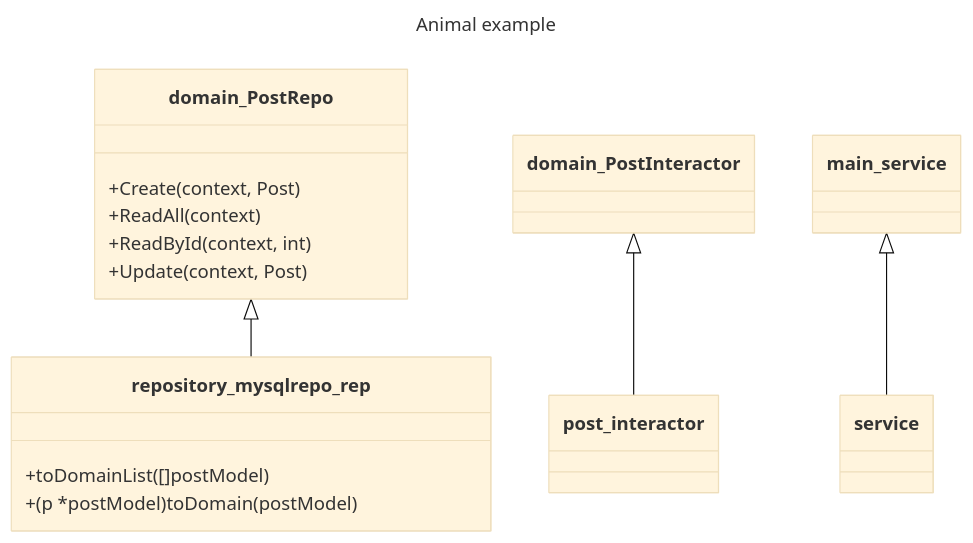
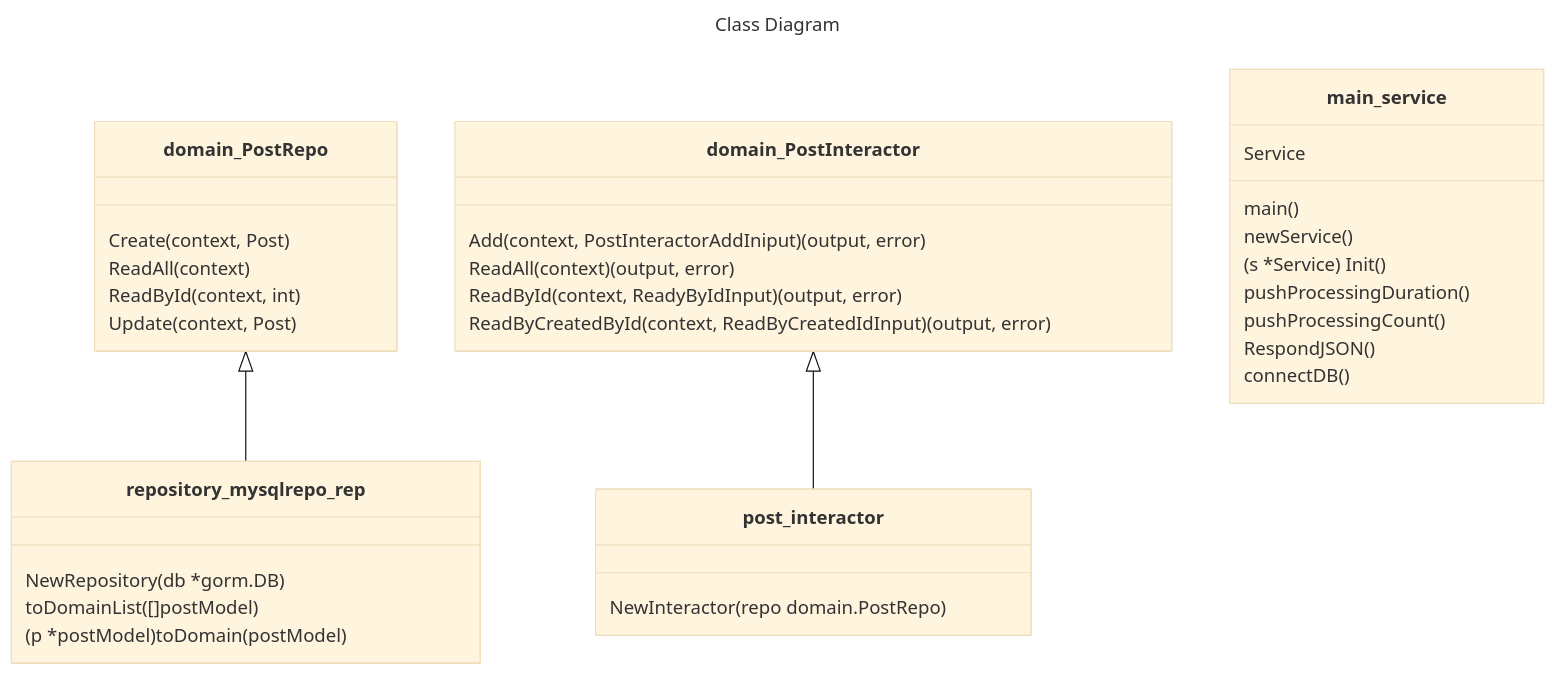
The third of 3 diagrams in Readme.md (obriena/dockerDevTemplate), drawn with Mermaid (base theme) before and after one commit. The commit also changed 1 other file, not shown here.

Commit message:
documentation update and clean up

````diff
--- a/Readme.md
+++ b/Readme.md
@@ -108,16 +108,32 @@
 ```mermaid
 ---
-title: Animal example
+title: Class Diagram
 ---
 classDiagram
     domain_PostRepo <|-- repository_mysqlrepo_rep
     domain_PostInteractor <|-- post_interactor
-    main_service <|-- service
-    domain_PostRepo: +Create(context, Post)
-    domain_PostRepo: +ReadAll(context)
-    domain_PostRepo: +ReadById(context, int)
-    domain_PostRepo: +Update(context, Post)
+    main_service 
+    domain_PostRepo: Create(context, Post)
+    domain_PostRepo: ReadAll(context)
+    domain_PostRepo: ReadById(context, int)
+    domain_PostRepo: Update(context, Post)
 
-    repository_mysqlrepo_rep: +toDomainList([]postModel)
-    repository_mysqlrepo_rep: +(p *postModel)toDomain(postModel)
+    domain_PostInteractor: Add(context, PostInteractorAddIniput) (output, error)
+    domain_PostInteractor: ReadAll(context) (output, error)
+    domain_PostInteractor: ReadById(context, ReadyByIdInput) (output, error)
+    domain_PostInteractor: ReadByCreatedById(context, ReadByCreatedIdInput) (output, error)
+    
+    main_service : Service
+    main_service: main()
+    main_service: newService()
+    main_service: (s *Service) Init() 
+    main_service: pushProcessingDuration()
+    main_service: pushProcessingCount()
+    main_service: RespondJSON()
+    main_service: connectDB()
+
+    repository_mysqlrepo_rep: NewRepository(db *gorm.DB) 
+    repository_mysqlrepo_rep: toDomainList([]postModel)
+    repository_mysqlrepo_rep: (p *postModel)toDomain(postModel)
+    post_interactor: NewInteractor(repo domain.PostRepo)
 ```
````
